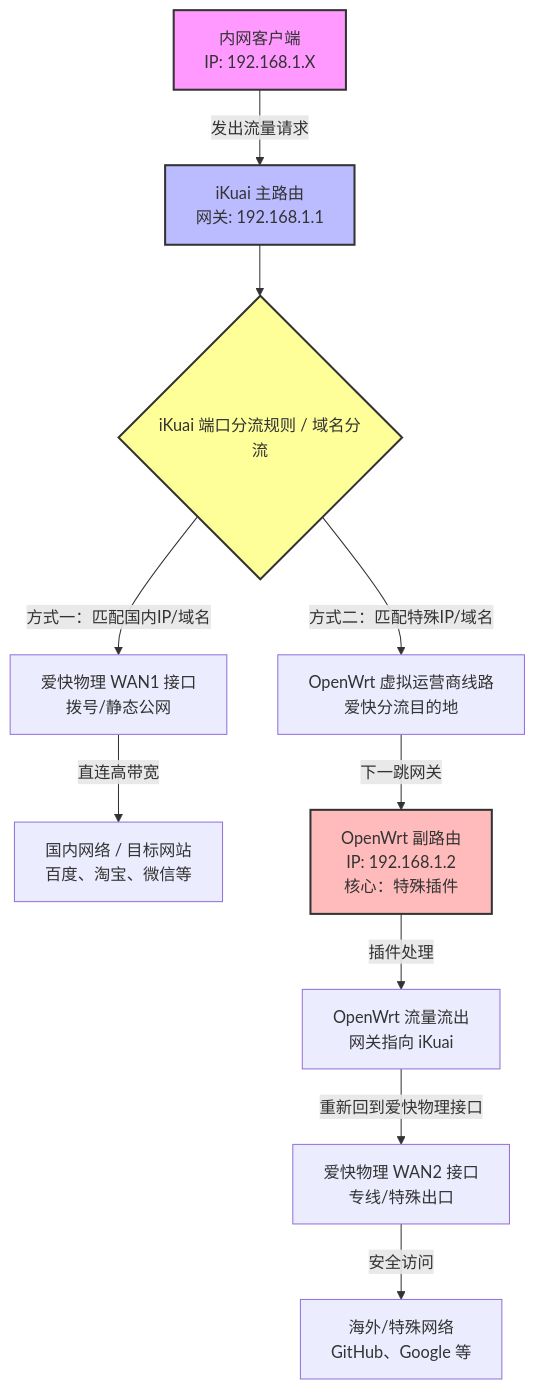
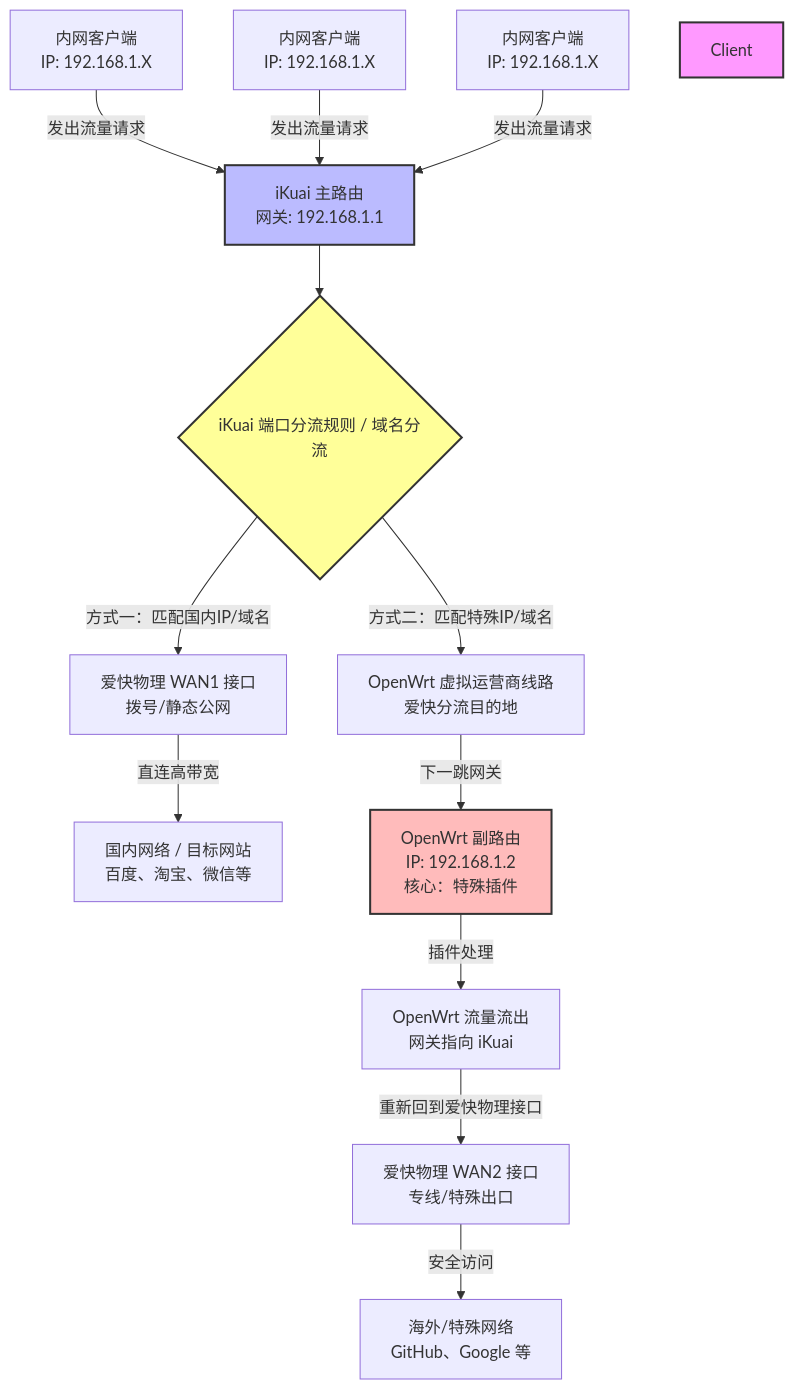
The diagram in docs/router-mode.md (joyanhui/ikuai-bypass), drawn with Mermaid before and after one commit. The commit also changed 1 other file, not shown here.

Commit message:
move:docs

```diff
--- a/docs/router-mode.md
+++ b/docs/router-mode.md
@@ -14,28 +14,32 @@
 <pre class="mermaid">
 graph TD
-    Client[内网客户端&lt;br&gt;IP: 192.168.1.X]
+    Client1[内网客户端&lt;br&gt;IP: 192.168.1.X]
+    Client2[内网客户端&lt;br&gt;IP: 192.168.1.X]
+    Client3[内网客户端&lt;br&gt;IP: 192.168.1.X]
     iKuai[iKuai 主路由&lt;br&gt;网关: 192.168.1.1]
     Check{iKuai 端口分流规则 / 域名分流}
     WAN1_ISP[爱快物理 WAN1 接口&lt;br&gt;拨号/静态公网]
     China_Web[国内网络 / 目标网站&lt;br&gt;百度、淘宝、微信等]
     Op_WAN[OpenWrt 虚拟运营商线路&lt;br&gt;爱快分流目的地]
     OpenWrt[OpenWrt 副路由&lt;br&gt;IP: 192.168.1.2&lt;br&gt;核心：特殊插件]
     Op_Out[OpenWrt 流量流出&lt;br&gt;网关指向 iKuai]
     WAN2_ISP[爱快物理 WAN2 接口&lt;br&gt;专线/特殊出口]
     Global_Web[海外/特殊网络&lt;br&gt;GitHub、Google 等]
 
-    Client -->|发出流量请求| iKuai
+    Client1 -->|发出流量请求| iKuai
+    Client2 -->|发出流量请求| iKuai
+    Client3 -->|发出流量请求| iKuai
     iKuai --> Check
     Check -->|方式一：匹配国内IP/域名| WAN1_ISP
     WAN1_ISP -->|直连高带宽| China_Web
     Check -->|方式二：匹配特殊IP/域名| Op_WAN
     Op_WAN -->|下一跳网关| OpenWrt
     OpenWrt -->|插件处理| Op_Out
     Op_Out -->|重新回到爱快物理接口| WAN2_ISP
     WAN2_ISP -->|安全访问| Global_Web
 
     style Client fill:#f9f,stroke:#333,stroke-width:2px
     style iKuai fill:#bbf,stroke:#333,stroke-width:2px
     style OpenWrt fill:#fbb,stroke:#333,stroke-width:2px
     style Check fill:#ff9,stroke:#333,stroke-width:2px
 </pre>
```
